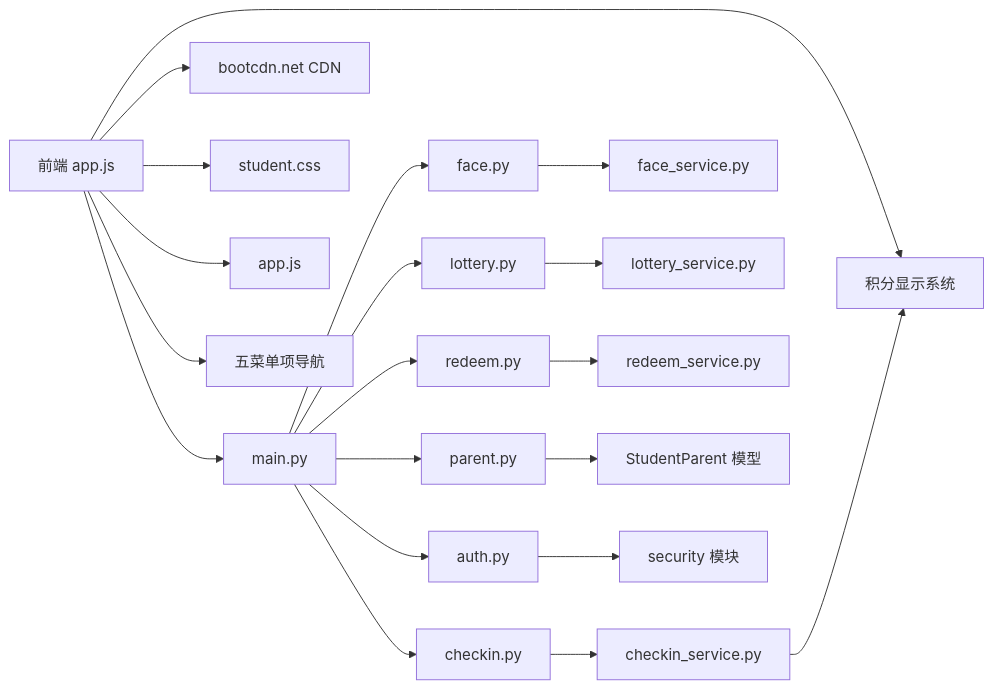
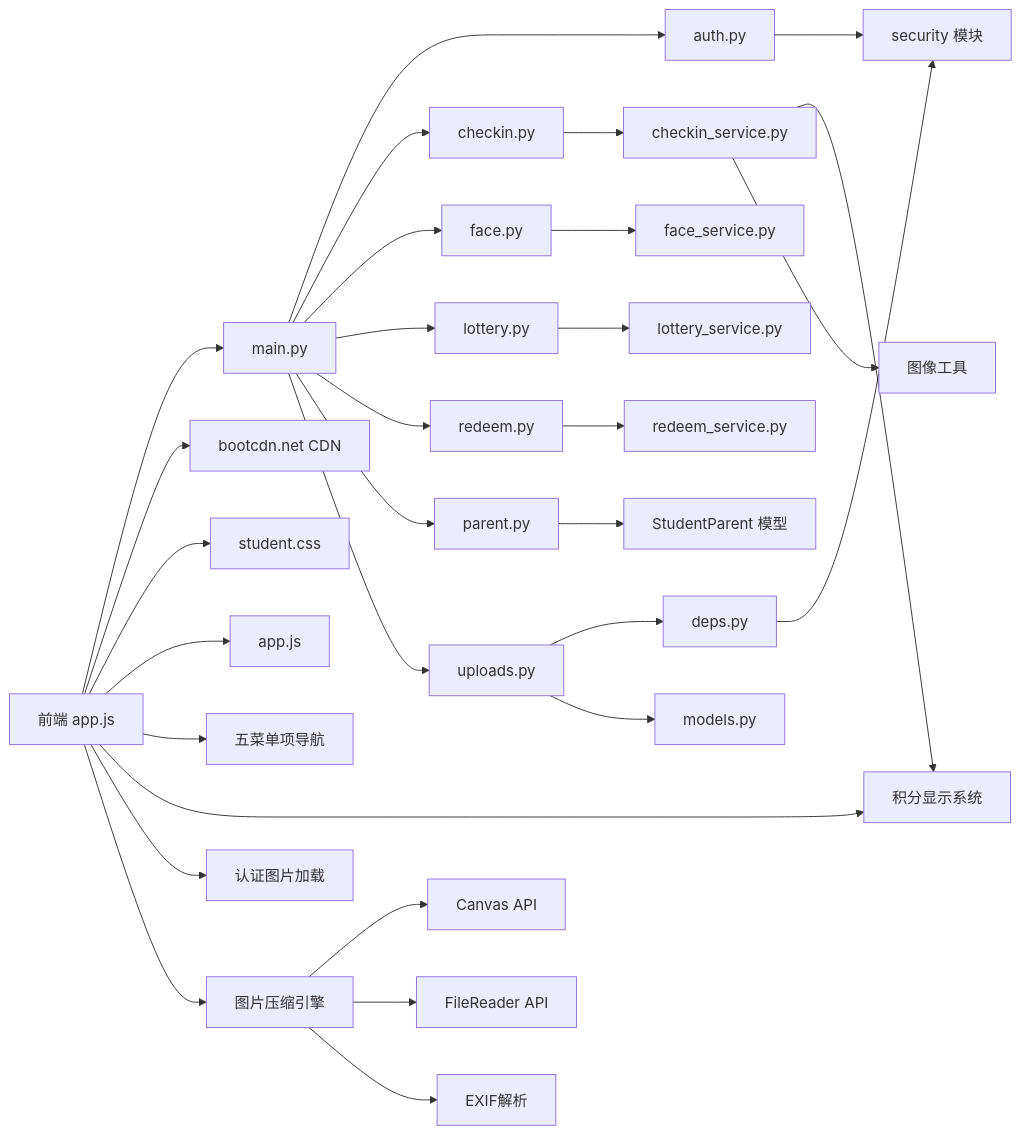
Diagram 16 of 16 in .qoder/repowiki/zh/content/暑假作业打卡系统/前端应用设计/学生端应用.md (onebody/homework), drawn with Mermaid before and after one commit. The commit also changed other lines of this file and 35 other files, not shown here.

````diff
--- a/.qoder/repowiki/zh/content/暑假作业打卡系统/前端应用设计/学生端应用.md
+++ b/.qoder/repowiki/zh/content/暑假作业打卡系统/前端应用设计/学生端应用.md
@@ -755,22 +876,32 @@
 ```mermaid
 graph LR
 FE["前端 app.js"] --> MAIN["main.py"]
 MAIN --> AUTH["auth.py"]
 MAIN --> CK["checkin.py"]
 MAIN --> FC["face.py"]
 MAIN --> LT["lottery.py"]
 MAIN --> RD["redeem.py"]
 MAIN --> PT["parent.py"]
+MAIN --> UP["uploads.py"]
 CK --> CSVC["checkin_service.py"]
 FC --> FSVC["face_service.py"]
 LT --> LSVC["lottery_service.py"]
 RD --> RSVC["redeem_service.py"]
 PT --> SP["StudentParent 模型"]
 AUTH --> SEC["security 模块"]
+UP --> DEP["deps.py"]
+UP --> MOD["models.py"]
 FE --> BOOTCDN["bootcdn.net CDN"]
 FE --> CSS["student.css"]
 FE --> JS["app.js"]
 FE --> NAV["五菜单项导航"]
 FE --> POINTS["积分显示系统"]
+FE --> AUTHIMG["认证图片加载"]
+FE --> COMP["图片压缩引擎"]
 CSVC --> POINTS
+CSVC --> IMGUTIL["图像工具"]
+DEP --> SEC
+COMP --> CANVAS["Canvas API"]
+COMP --> FILEAPI["FileReader API"]
+COMP --> EXIF["EXIF解析"]
 ```
````
